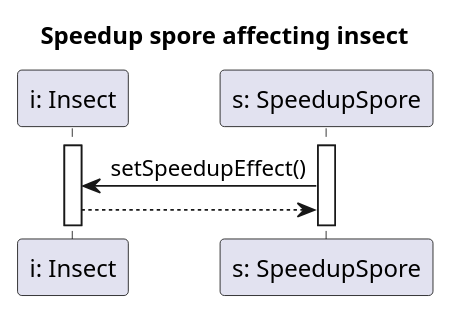
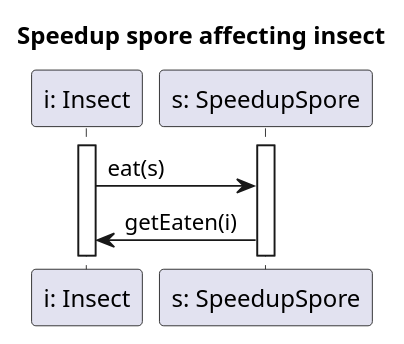
One commit to Harcipan/Projlab_nullpointerexception changed the diagram in diagrams/diagramFiles/SQ_SporeAffectsInsectWithSpeedup.puml. Above: the diagram before and after it, drawn with PlantUML. The commit also changed 23 other files, not shown here.

```diff
--- a/diagrams/diagramFiles/SQ_SporeAffectsInsectWithSpeedup.puml
+++ b/diagrams/diagramFiles/SQ_SporeAffectsInsectWithSpeedup.puml
@@ -1,14 +1,14 @@
 @startuml InsectSpeedUp
 
 title Speedup spore affecting insect
 
 participant "i: Insect" as I
 participant "s: SpeedupSpore" as Sp
 
 activate I
 activate Sp
 
-Sp -> I : setSpeedupEffect()
-I --> Sp
+I -> Sp : eat(s)
+Sp -> I : getEaten(i)
 
 @enduml
```
